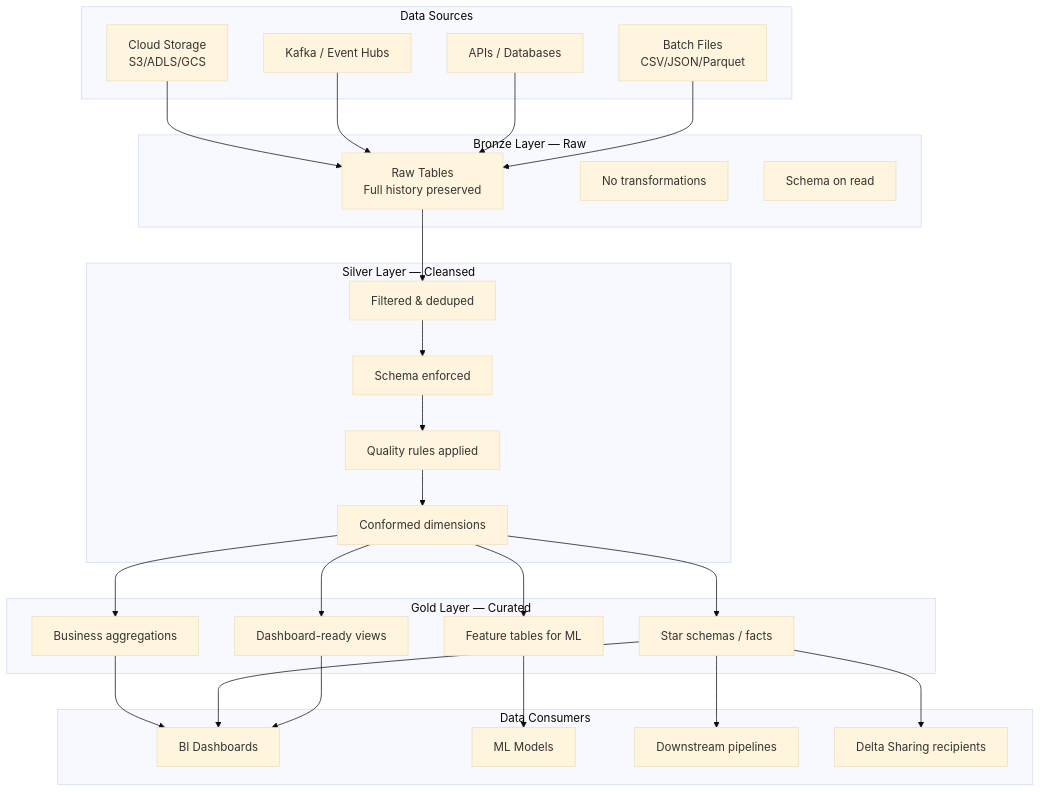
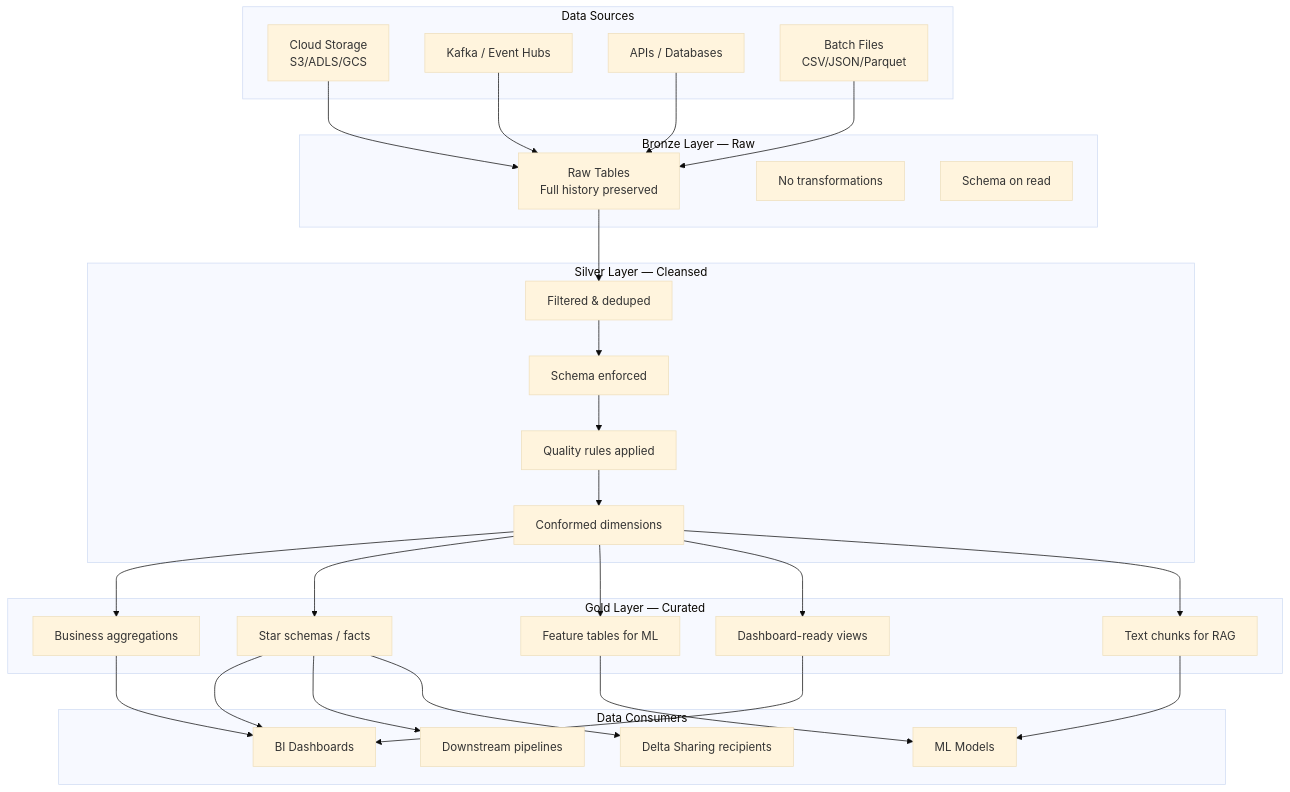
One commit to Htunn/Data-Engineering changed the first of 3 diagrams in docs/medallion-architecture.md. Above: the diagram before and after it, drawn with Mermaid (base theme). The commit also changed other lines of this file and 3 other files, not shown here.

````diff
--- a/docs/medallion-architecture.md
+++ b/docs/medallion-architecture.md
@@ -12,58 +12,61 @@
 ```mermaid
 graph TB
     subgraph Sources [Data Sources]
         S1[Cloud Storage<br/>S3/ADLS/GCS]
         S2[Kafka / Event Hubs]
         S3_src[APIs / Databases]
         S4[Batch Files<br/>CSV/JSON/Parquet]
     end
 
     subgraph Bronze [Bronze Layer — Raw]
         B1[Raw Tables<br/>Full history preserved]
         B2[No transformations]
         B3[Schema on read]
     end
 
     subgraph Silver [Silver Layer — Cleansed]
         SV1[Filtered & deduped]
         SV2[Schema enforced]
         SV3[Quality rules applied]
         SV4[Conformed dimensions]
     end
 
     subgraph Gold [Gold Layer — Curated]
         G1[Business aggregations]
         G2[Star schemas / facts]
         G3[Feature tables for ML]
         G4[Dashboard-ready views]
+        G5[Text chunks for RAG]
     end
 
     subgraph Consumers [Data Consumers]
         C1[BI Dashboards]
         C2[ML Models]
         C3[Downstream pipelines]
         C4[Delta Sharing recipients]
     end
 
     S1 --> B1
     S2 --> B1
     S3_src --> B1
     S4 --> B1
 
     B1 --> SV1
     SV1 --> SV2
     SV2 --> SV3
     SV3 --> SV4
 
     SV4 --> G1
     SV4 --> G2
     SV4 --> G3
     SV4 --> G4
+    SV4 --> G5
 
     G1 --> C1
     G2 --> C1
     G3 --> C2
     G4 --> C1
+    G5 --> C2
     G2 --> C3
     G2 --> C4
 ```
````
